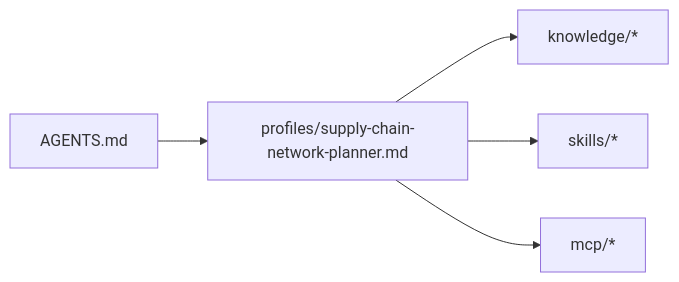
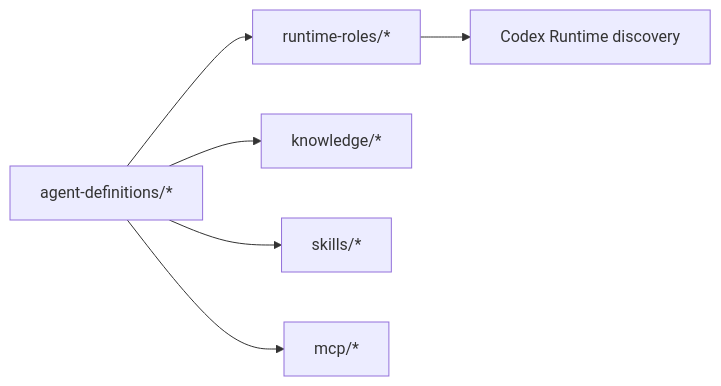
The fifth of 8 diagrams in docs/domain-agent-extension-architecture.md (JO-WTF/open-web-codex), drawn with Mermaid before and after one commit. The commit also changed other lines of this file and 18 other files, not shown here.

````diff
--- a/docs/domain-agent-extension-architecture.md
+++ b/docs/domain-agent-extension-architecture.md
@@ -650,7 +687,8 @@
 ```mermaid
 flowchart LR
-    A[AGENTS.md] --> B[profiles/supply-chain-network-planner.md]
-    B --> C[knowledge/*]
-    B --> D[skills/*]
-    B --> E[mcp/*]
+    A[agent-definitions/*] --> B[runtime-roles/*]
+    B --> C[Codex Runtime discovery]
+    A --> D[knowledge/*]
+    A --> E[skills/*]
+    A --> F[mcp/*]
 ```
````
